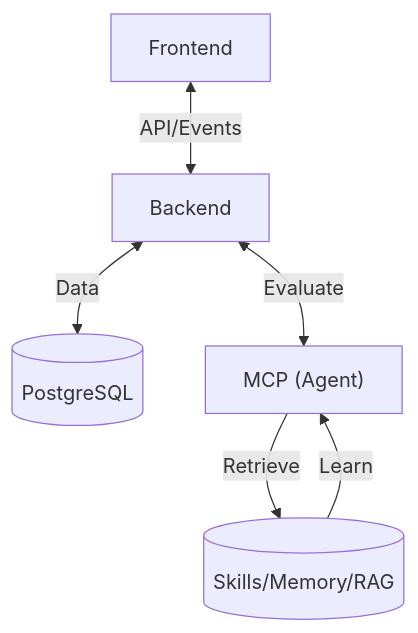
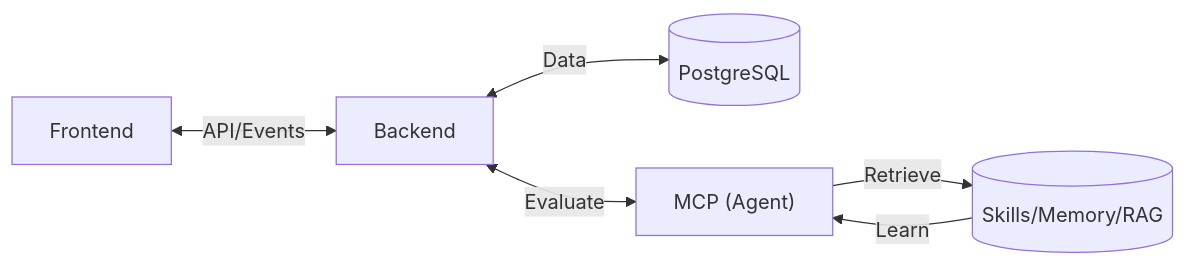
Before and after one commit to ChiXX/breast-cancer-assessment-system: the diagram in AGENTS.md, drawn with Mermaid. The commit also changed 2 other files, not shown here.

````diff
--- a/AGENTS.md
+++ b/AGENTS.md
@@ -19,8 +19,8 @@
 ```mermaid
-graph TD
+graph LR
     UI["Frontend"] <-- "API/Events" --> BE["Backend"]
     BE <-- "Data" --> DB[("PostgreSQL")]
     BE <-- "Evaluate" --> MCP["MCP (Agent)"]
     MCP -- "Retrieve" --> KB[("Skills/Memory/RAG")]
     KB -- "Learn" --> MCP
 ```
````
